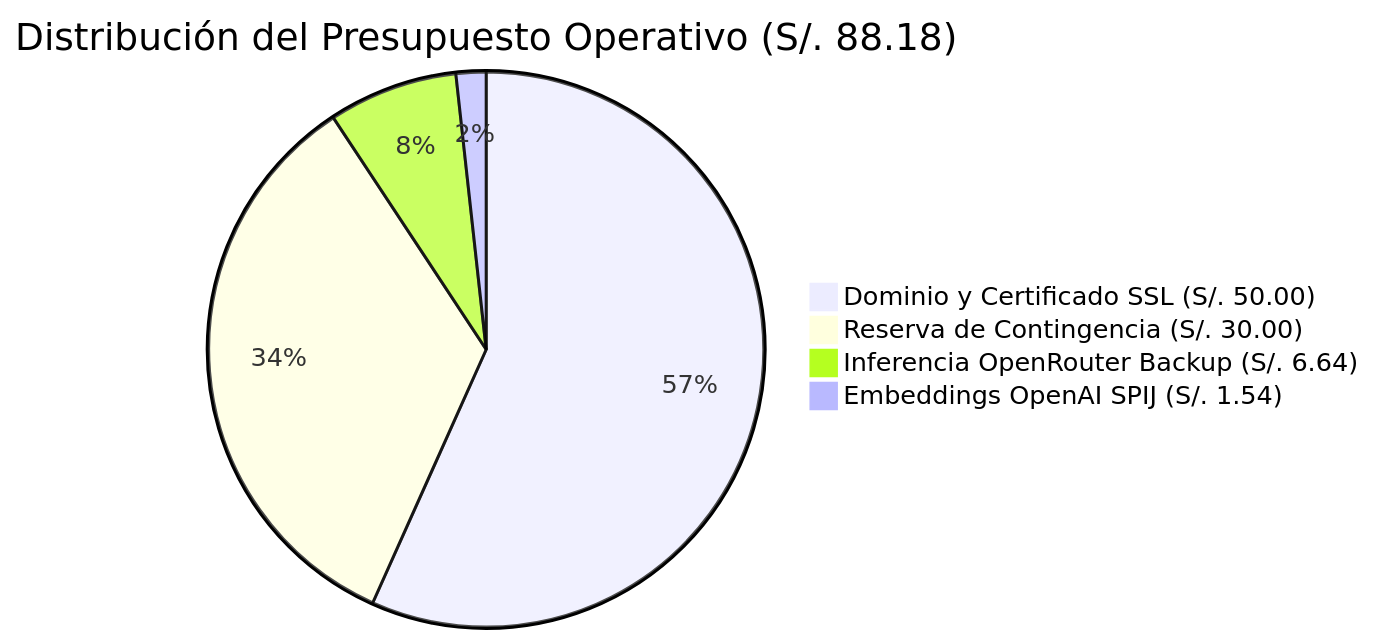
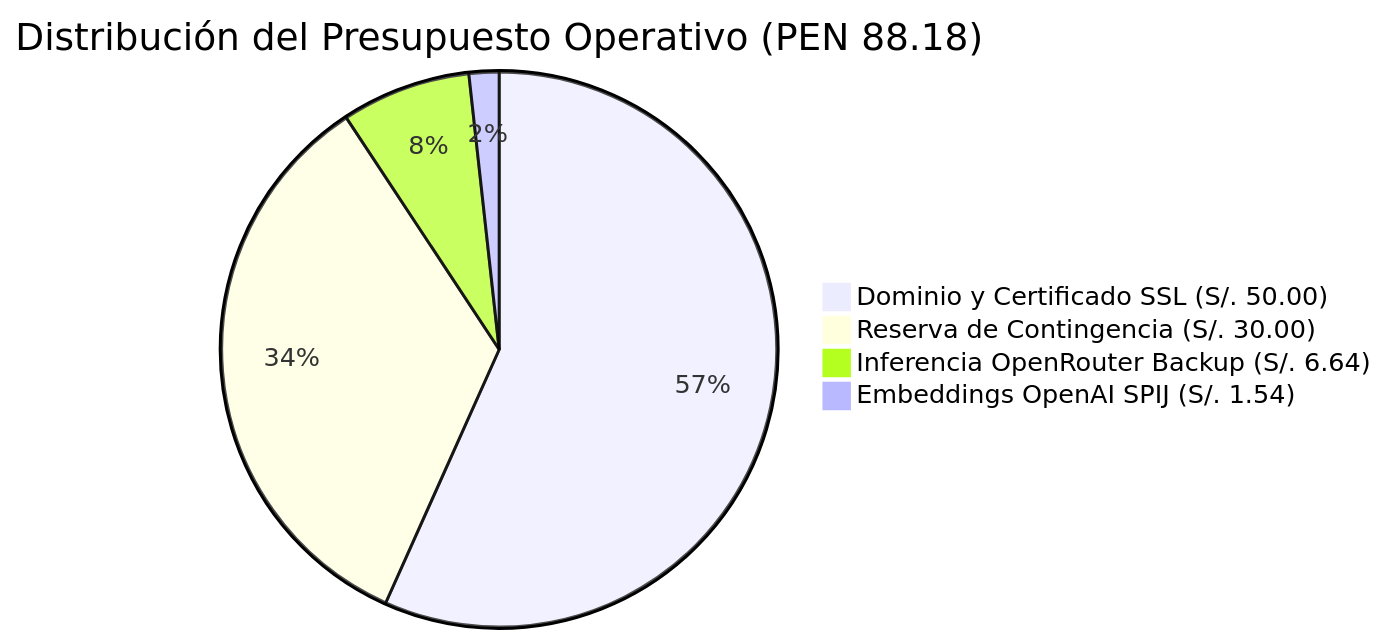
Before and after one commit to jorghee/inti-rag: the diagram in management/01-pmp/01-03-linea-base-costos.md, drawn with Mermaid. The commit also changed 5 other files, not shown here.

Commit message:
fix(docs): sanitize mermaid diagrams for native github rendering

````diff
--- a/management/01-pmp/01-03-linea-base-costos.md
+++ b/management/01-pmp/01-03-linea-base-costos.md
@@ -32,7 +32,7 @@
 ```mermaid
-pie title Distribución del Presupuesto Operativo (S/. 88.18)
+pie title Distribución del Presupuesto Operativo (PEN 88.18)
     "Dominio y Certificado SSL (S/. 50.00)" : 50.00
     "Reserva de Contingencia (S/. 30.00)" : 30.00
     "Inferencia OpenRouter Backup (S/. 6.64)" : 6.64
     "Embeddings OpenAI SPIJ (S/. 1.54)" : 1.54
 ```
````
